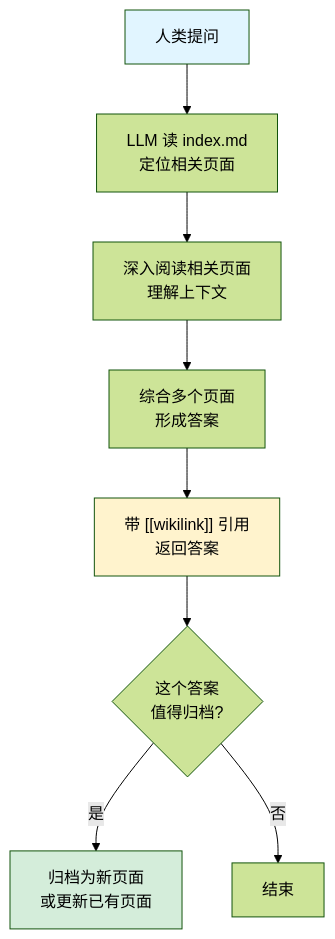
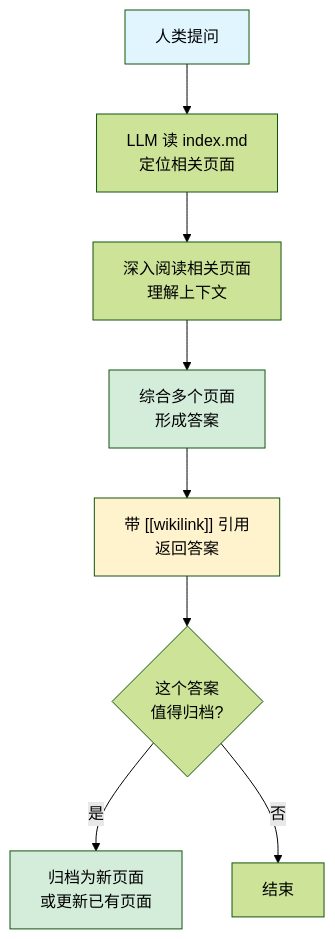
The fourth of 7 diagrams in ray-learning-path/10-LLM-Wiki/03-三个核心操作.md (keyuanweb/ai-learning-path), drawn with Mermaid (forest theme) before and after one commit. The commit also changed 176 other files, not shown here.

First line of the commit message:
docs: 全仓库文档校对修复——错别字/失效链接/Mermaid图/源码引用

````diff
--- a/ray-learning-path/10-LLM-Wiki/03-三个核心操作.md
+++ b/ray-learning-path/10-LLM-Wiki/03-三个核心操作.md
@@ -122,15 +122,15 @@
 ```mermaid
 graph TD
     Q["人类提问"] --> IDX["LLM 读 index.md<br/>定位相关页面"]
     IDX --> DEEP["深入阅读相关页面<br/>理解上下文"]
     DEEP --> SYN["综合多个页面<br/>形成答案"]
     SYN --> CITE["带 [[wikilink]] 引用<br/>返回答案"]
     CITE --> DECIDE{"这个答案<br/>值得归档?"}
     DECIDE -->|"是"| ARCH["归档为新页面<br/>或更新已有页面"]
     DECIDE -->|"否"| DONE["结束"]
 
     style Q fill:#e1f5ff
-    style SYN fill:#d4edga
+    style SYN fill:#d4edda
     style CITE fill:#fff3cd
     style ARCH fill:#d4edda
 ```
````
